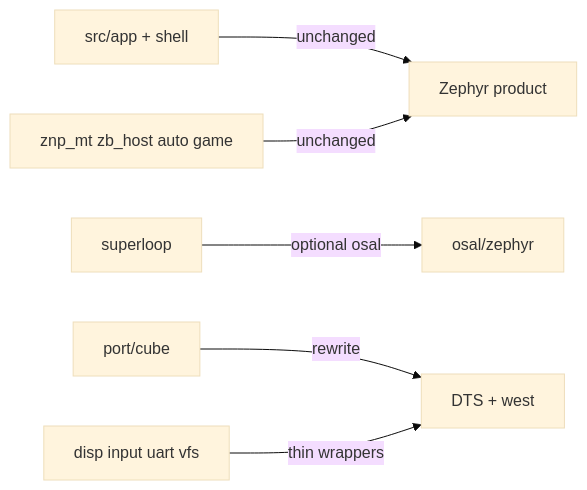
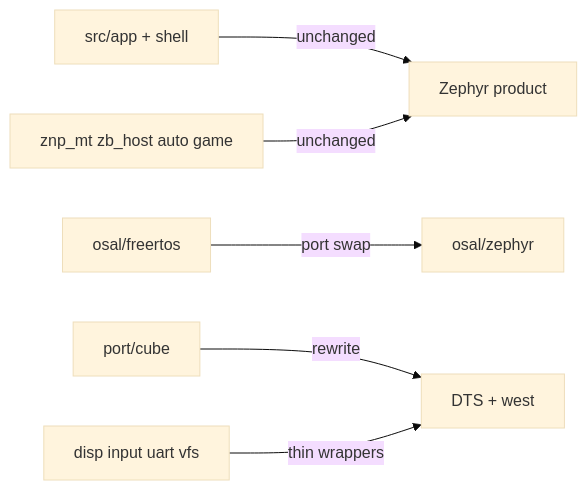
One commit to vanbuong/stm32h745-disco changed the ninth of 9 diagrams in doc/Architecture.md. Above: the diagram before and after it, drawn with Mermaid (base theme). The commit also changed other lines of this file and 18 other files, not shown here.

````diff
--- a/doc/Architecture.md
+++ b/doc/Architecture.md
@@ -736,8 +734,8 @@
 ```mermaid
 flowchart LR
   A[src/app + shell] -->|unchanged| Z[Zephyr product]
-  B[superloop] -->|optional osal| C[osal/zephyr]
+  B[osal/freertos] -->|port swap| C[osal/zephyr]
   D[port/cube] -->|rewrite| E[DTS + west]
   F[disp input uart vfs] -->|thin wrappers| E
   G[znp_mt zb_host auto game] -->|unchanged| Z
 ```
````
